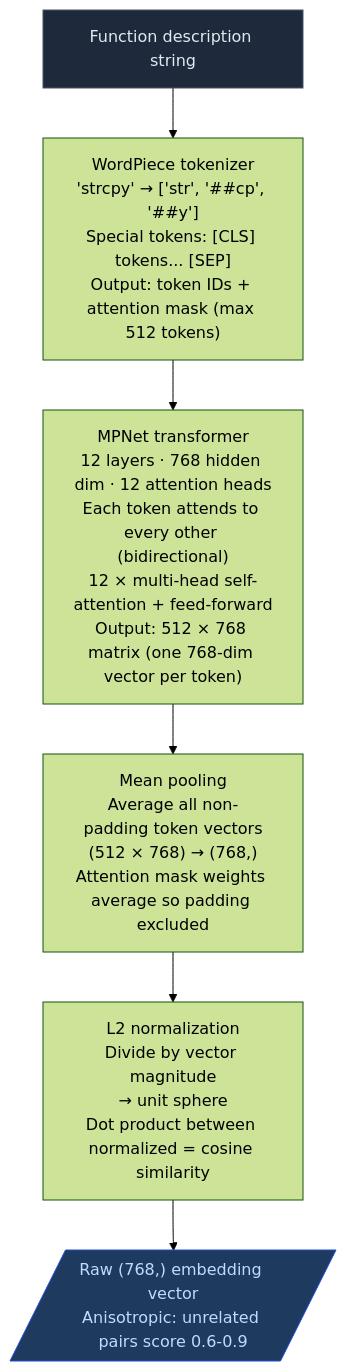
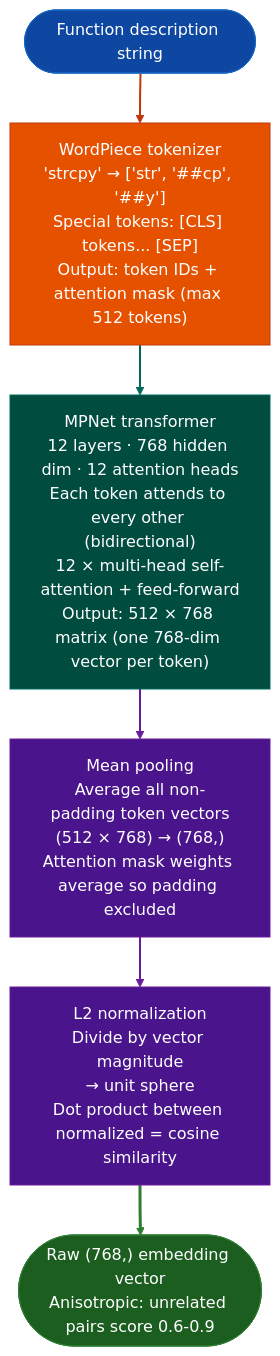
Before and after one commit to Ablation-Tool/ablation: the second of 2 diagrams in docs/reference-modules/semantic-search.md, drawn with Mermaid (forest theme). The commit also changed other lines of this file and 320 other files, not shown here.

First line of the commit message:
docs: apply canonical Mermaid template to all 321 diagrams

````diff
--- a/docs/reference-modules/semantic-search.md
+++ b/docs/reference-modules/semantic-search.md
@@ -116,15 +126,23 @@
 ```mermaid
 flowchart TD
-    A["Function description string"] --> B["WordPiece tokenizer\n'strcpy' → ['str', '##cp', '##y']\nSpecial tokens: [CLS] tokens... [SEP]\nOutput: token IDs + attention mask (max 512 tokens)"]
+    A(["Function description string"]):::input --> B["WordPiece tokenizer\n'strcpy' → ['str', '##cp', '##y']\nSpecial tokens: [CLS] tokens... [SEP]\nOutput: token IDs + attention mask (max 512 tokens)"]:::primary
 
-    B --> C["MPNet transformer\n12 layers · 768 hidden dim · 12 attention heads\nEach token attends to every other (bidirectional)\n12 × multi-head self-attention + feed-forward\nOutput: 512 × 768 matrix (one 768-dim vector per token)"]
+    B:::primary --> C["MPNet transformer\n12 layers · 768 hidden dim · 12 attention heads\nEach token attends to every other (bidirectional)\n12 × multi-head self-attention + feed-forward\nOutput: 512 × 768 matrix (one 768-dim vector per token)"]:::secondary
 
-    C --> D["Mean pooling\nAverage all non-padding token vectors\n(512 × 768) → (768,)\nAttention mask weights average so padding excluded"]
+    C:::secondary --> D["Mean pooling\nAverage all non-padding token vectors\n(512 × 768) → (768,)\nAttention mask weights average so padding excluded"]:::tertiary
 
-    D --> E["L2 normalization\nDivide by vector magnitude\n→ unit sphere\nDot product between normalized = cosine similarity"]
+    D:::tertiary --> E["L2 normalization\nDivide by vector magnitude\n→ unit sphere\nDot product between normalized = cosine similarity"]:::tertiary
 
-    E --> F[/"Raw (768,) embedding vector\nAnisotropic: unrelated pairs score 0.6-0.9"/]
-
-    style A fill:#1e293b,stroke:#475569,color:#e2e8f0
-    style F fill:#1e3a5f,stroke:#1d4ed8,color:#bfdbfe
+    E:::tertiary --> F(["Raw (768,) embedding vector\nAnisotropic: unrelated pairs score 0.6-0.9"]):::output
+    classDef input     fill:#0d47a1,stroke:#1565c0,color:#fff
+    classDef primary   fill:#e65100,stroke:#bf360c,color:#fff
+    classDef secondary fill:#004d40,stroke:#00695c,color:#fff
+    classDef tertiary  fill:#4a148c,stroke:#6a1b9a,color:#fff
+    classDef neutral   fill:#37474f,stroke:#546e7a,color:#fff
+    classDef output    fill:#1b5e20,stroke:#2e7d32,color:#fff
+    linkStyle 0 stroke:#bf360c,stroke-width:2px
+    linkStyle 1 stroke:#00695c,stroke-width:2px
+    linkStyle 2 stroke:#6a1b9a,stroke-width:2px
+    linkStyle 3 stroke:#6a1b9a,stroke-width:2px
+    linkStyle 4 stroke:#2e7d32,stroke-width:3px
 ```
````
